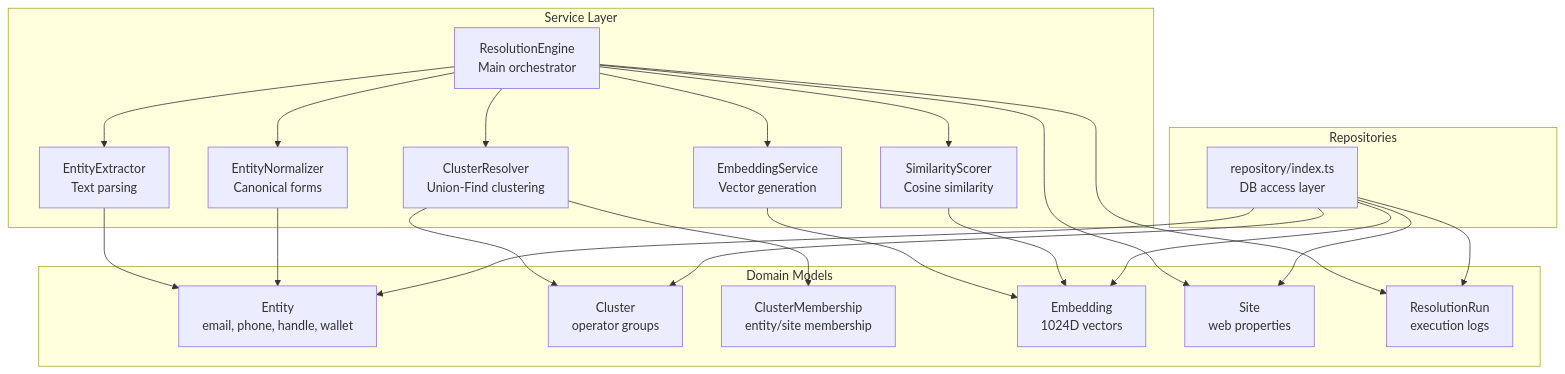
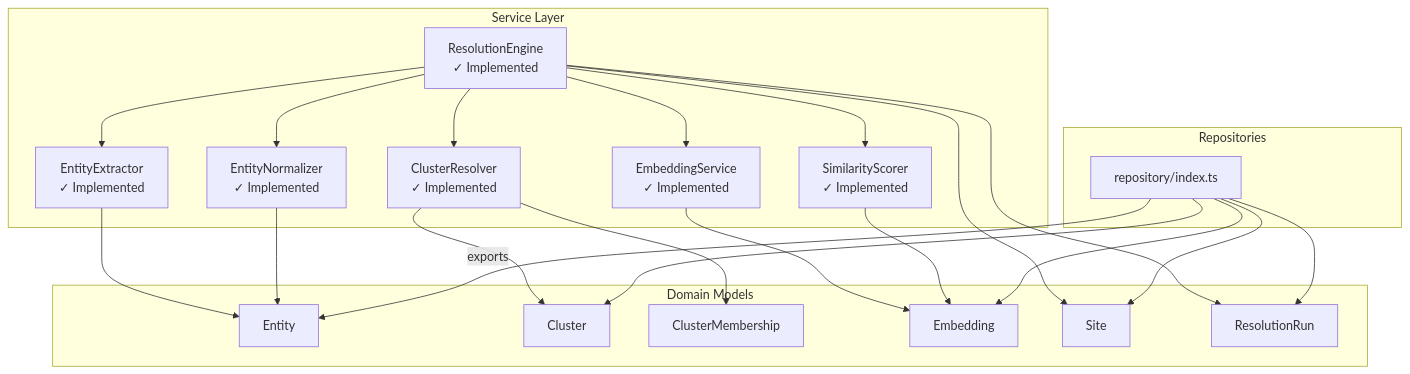
The first of 3 diagrams in .qoder/repowiki/en/content/Core Services/Core Services.md (vishnusaibhosekar/ares), drawn with Mermaid before and after one commit. The commit also changed other lines of this file and 12 other files, not shown here.

````diff
--- a/.qoder/repowiki/en/content/Core Services/Core Services.md
+++ b/.qoder/repowiki/en/content/Core Services/Core Services.md
@@ -46,40 +53,40 @@
 ```mermaid
 graph TB
 subgraph "Service Layer"
-RE["ResolutionEngine<br/>Main orchestrator"]
-EE["EntityExtractor<br/>Text parsing"]
-EN["EntityNormalizer<br/>Canonical forms"]
-ES["EmbeddingService<br/>Vector generation"]
-SS["SimilarityScorer<br/>Cosine similarity"]
-CR["ClusterResolver<br/>Union-Find clustering"]
+RE["ResolutionEngine<br/>✓ Implemented"]
+EE["EntityExtractor<br/>✓ Implemented"]
+EN["EntityNormalizer<br/>✓ Implemented"]
+ES["EmbeddingService<br/>✓ Implemented"]
+SS["SimilarityScorer<br/>✓ Implemented"]
+CR["ClusterResolver<br/>✓ Implemented"]
 end
 subgraph "Domain Models"
-M_Entity["Entity<br/>email, phone, handle, wallet"]
-M_Cluster["Cluster<br/>operator groups"]
-M_Membership["ClusterMembership<br/>entity/site membership"]
-M_Embedding["Embedding<br/>1024D vectors"]
-M_Site["Site<br/>web properties"]
-M_Run["ResolutionRun<br/>execution logs"]
+M_Entity["Entity"]
+M_Cluster["Cluster"]
+M_Membership["ClusterMembership"]
+M_Embedding["Embedding"]
+M_Site["Site"]
+M_Run["ResolutionRun"]
 end
 subgraph "Repositories"
-R_Index["repository/index.ts<br/>DB access layer"]
+R_Index["repository/index.ts"]
 end
 RE --> EE
 RE --> EN
 RE --> ES
 RE --> SS
 RE --> CR
 EE --> M_Entity
 EN --> M_Entity
 ES --> M_Embedding
 SS --> M_Embedding
 CR --> M_Cluster
 CR --> M_Membership
 RE --> M_Run
 RE --> M_Site
-R_Index --> M_Entity
+R_Index --> |"exports"| M_Entity
 R_Index --> M_Cluster
 R_Index --> M_Embedding
 R_Index --> M_Site
 R_Index --> M_Run
 ```
````
